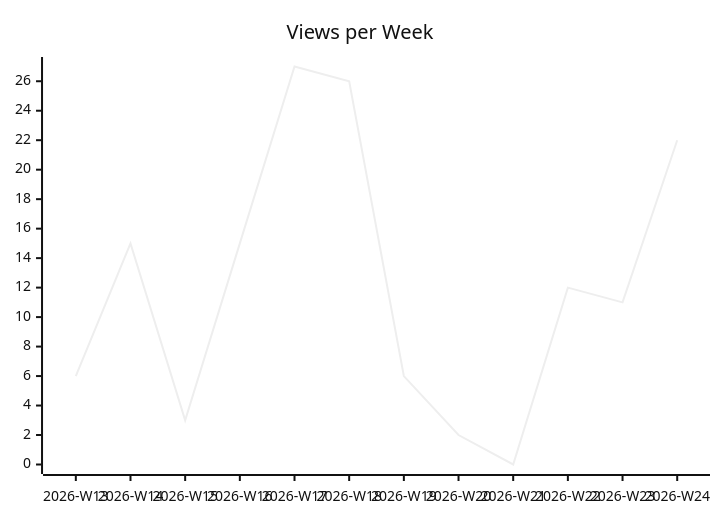
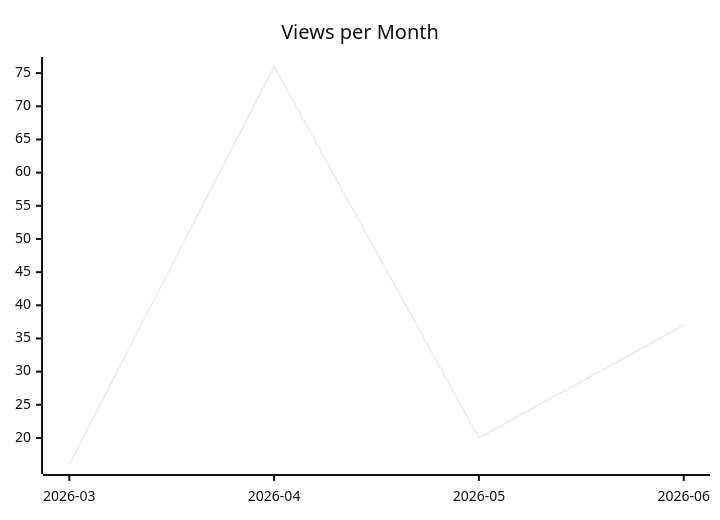
Before and after one commit to justdavis-family/github-analytics-data: the second of 3 diagrams in karlmdavis/ksoap2-android/README.md, drawn with Mermaid (neutral theme). The commit also changed other lines of this file and 198 other files, not shown here.

````diff
--- a/karlmdavis/ksoap2-android/README.md
+++ b/karlmdavis/ksoap2-android/README.md
@@ -12,6 +12,6 @@
 ```mermaid
 xychart-beta
-  title "Views per Week"
-  x-axis ["2026-W13", "2026-W14", "2026-W15", "2026-W16", "2026-W17", "2026-W18", "2026-W19", "2026-W20", "2026-W21", "2026-W22", "2026-W23", "2026-W24"]
-  line [6, 15, 3, 15, 27, 26, 6, 2, 0, 12, 11, 22]
+  title "Views per Month"
+  x-axis ["2026-03", "2026-04", "2026-05", "2026-06"]
+  line [16, 76, 20, 37]
 ```
````
